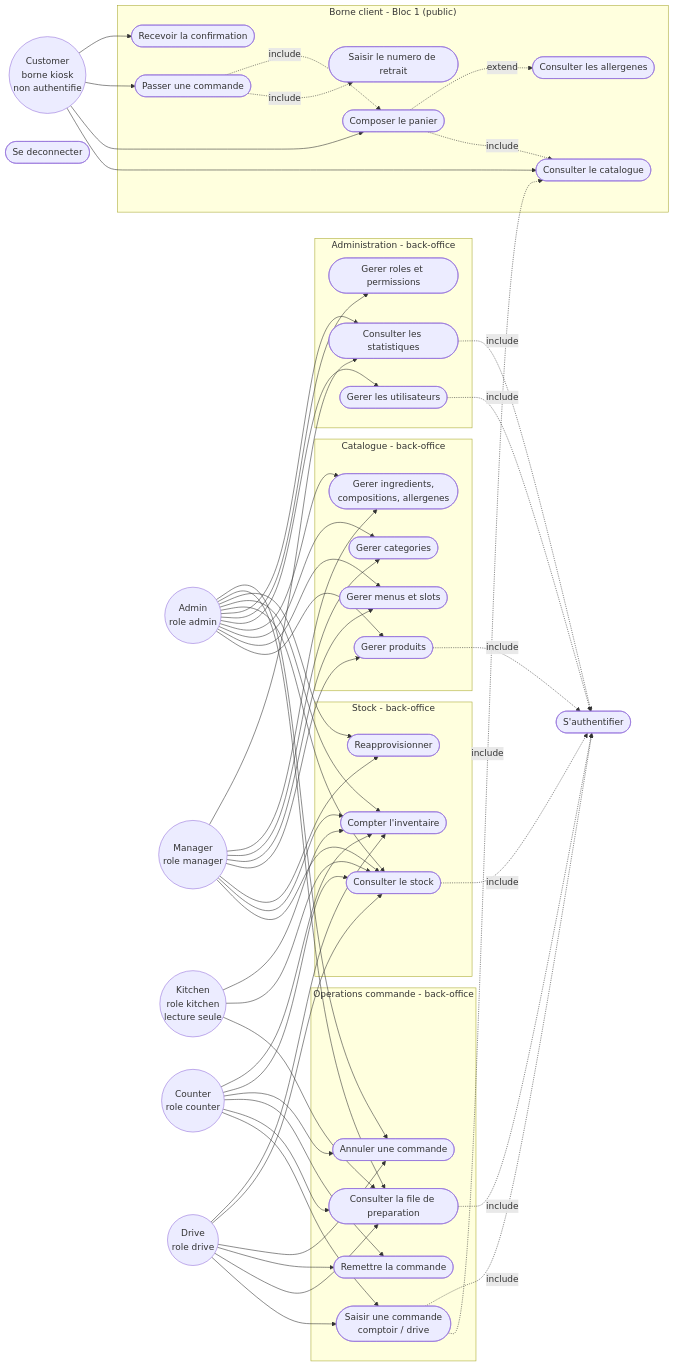
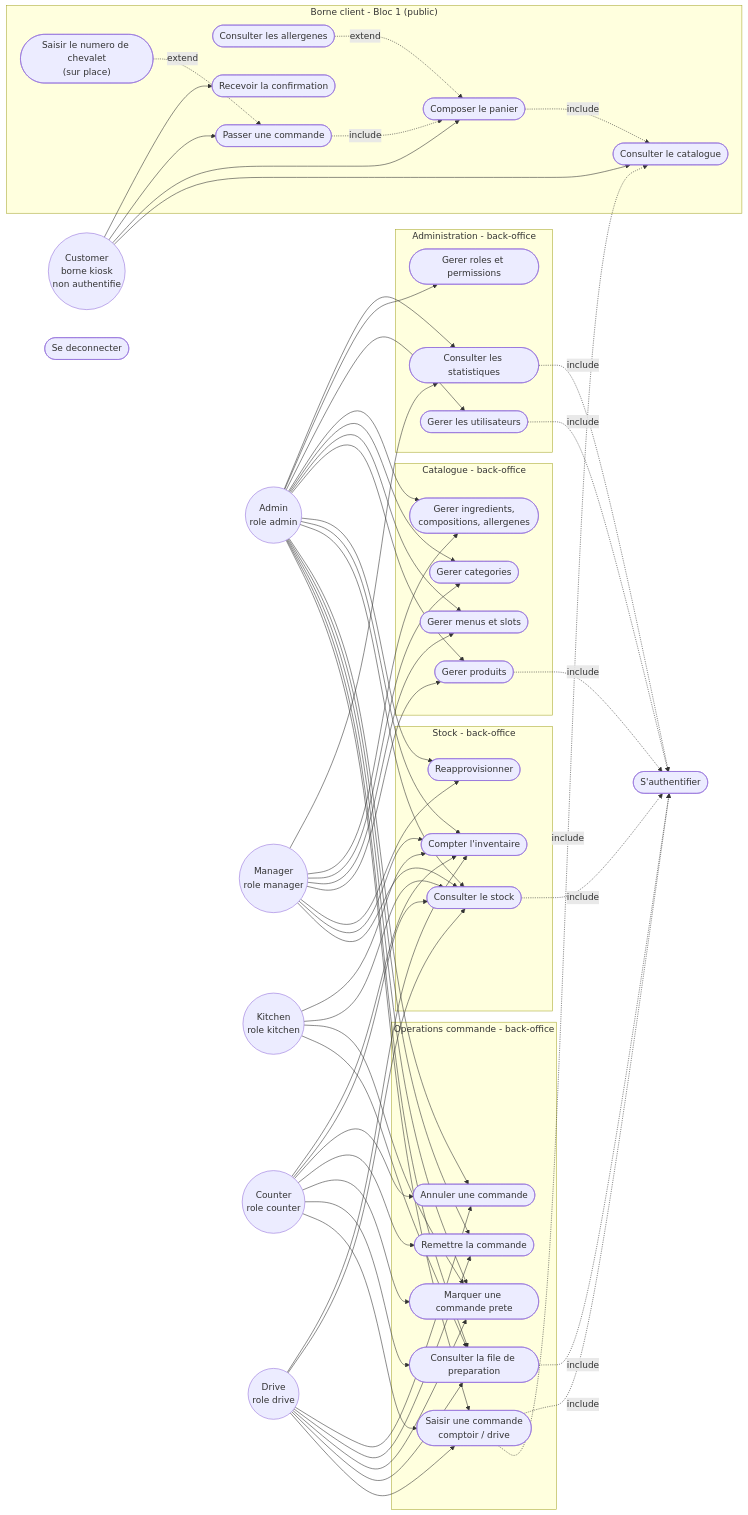
One commit to AcadeNice/wakdo_corentin changed the diagram in docs/uml/use-cases.md. Above: the diagram before and after it, drawn with Mermaid. The commit also changed other lines of this file and 30 other files, not shown here.

```diff
--- a/docs/uml/use-cases.md
+++ b/docs/uml/use-cases.md
@@ -79,7 +80,7 @@
     Customer(("Customer<br/>borne kiosk<br/>non authentifie"))
     Admin(("Admin<br/>role admin"))
     Manager(("Manager<br/>role manager"))
-    Kitchen(("Kitchen<br/>role kitchen<br/>lecture seule"))
+    Kitchen(("Kitchen<br/>role kitchen"))
     Counter(("Counter<br/>role counter"))
     Drive(("Drive<br/>role drive"))
 
@@ -89,7 +90,7 @@
         UC2(["Composer le panier"])
         UC3(["Consulter les allergenes"])
         UC4(["Passer une commande"])
-        UC5(["Saisir le numero de retrait"])
+        UC5(["Saisir le numero de chevalet<br/>(sur place)"])
         UC6(["Recevoir la confirmation"])
     end
 
@@ -97,6 +98,7 @@
     subgraph OPS["Operations commande - back-office"]
         UC10(["Saisir une commande<br/>comptoir / drive"])
         UC11(["Consulter la file de preparation"])
+        UC14(["Marquer une commande prete"])
         UC12(["Remettre la commande"])
         UC13(["Annuler une commande"])
     end
@@ -133,25 +135,31 @@
     Customer --> UC4
     Customer --> UC6
     UC2 -. include .-> UC1
-    UC2 -. extend .-> UC3
-    UC4 -. include .-> UC5
+    UC3 -. extend .-> UC2
+    UC5 -. extend .-> UC4
     UC4 -. include .-> UC2
 
-    %% Relations Counter / Drive (operations commande + stock)
+    %% Operations commande : order.create, order.read, order.deliver, order.cancel
     Counter --> UC10
     Counter --> UC11
+    Counter --> UC14
     Counter --> UC12
     Counter --> UC13
     Drive --> UC10
     Drive --> UC11
+    Drive --> UC14
     Drive --> UC12
     Drive --> UC13
+    Kitchen --> UC11
+    Kitchen --> UC14
+    Admin --> UC10
+    Admin --> UC11
+    Admin --> UC14
+    Admin --> UC12
+    Admin --> UC13
     UC10 -. include .-> UC1
 
-    %% Kitchen (lecture seule)
-    Kitchen --> UC11
-
-    %% Stock (kitchen / counter / drive / manager / admin)
+    %% Stock : stock.read et stock.count (cinq roles), stock.manage (manager, admin)
     Kitchen --> UC30
     Kitchen --> UC31
     Counter --> UC30
@@ -161,6 +169,9 @@
     Manager --> UC30
     Manager --> UC31
     Manager --> UC32
+    Admin --> UC30
+    Admin --> UC31
+    Admin --> UC32
 
     %% Catalogue (manager + admin)
     Manager --> UC20
@@ -176,11 +187,6 @@
     Admin --> UC40
     Admin --> UC41
     Admin --> UC42
-    Admin --> UC30
-    Admin --> UC31
-    Admin --> UC32
-    Admin --> UC11
-    Admin --> UC13
     Manager --> UC42
 
     %% Authentification mutualisee (tout cas back-office)
```
